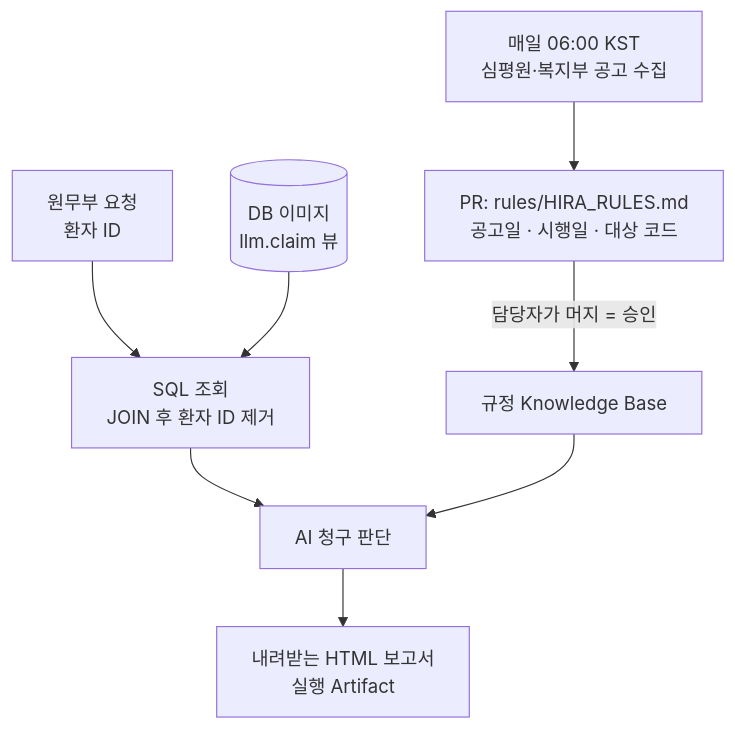
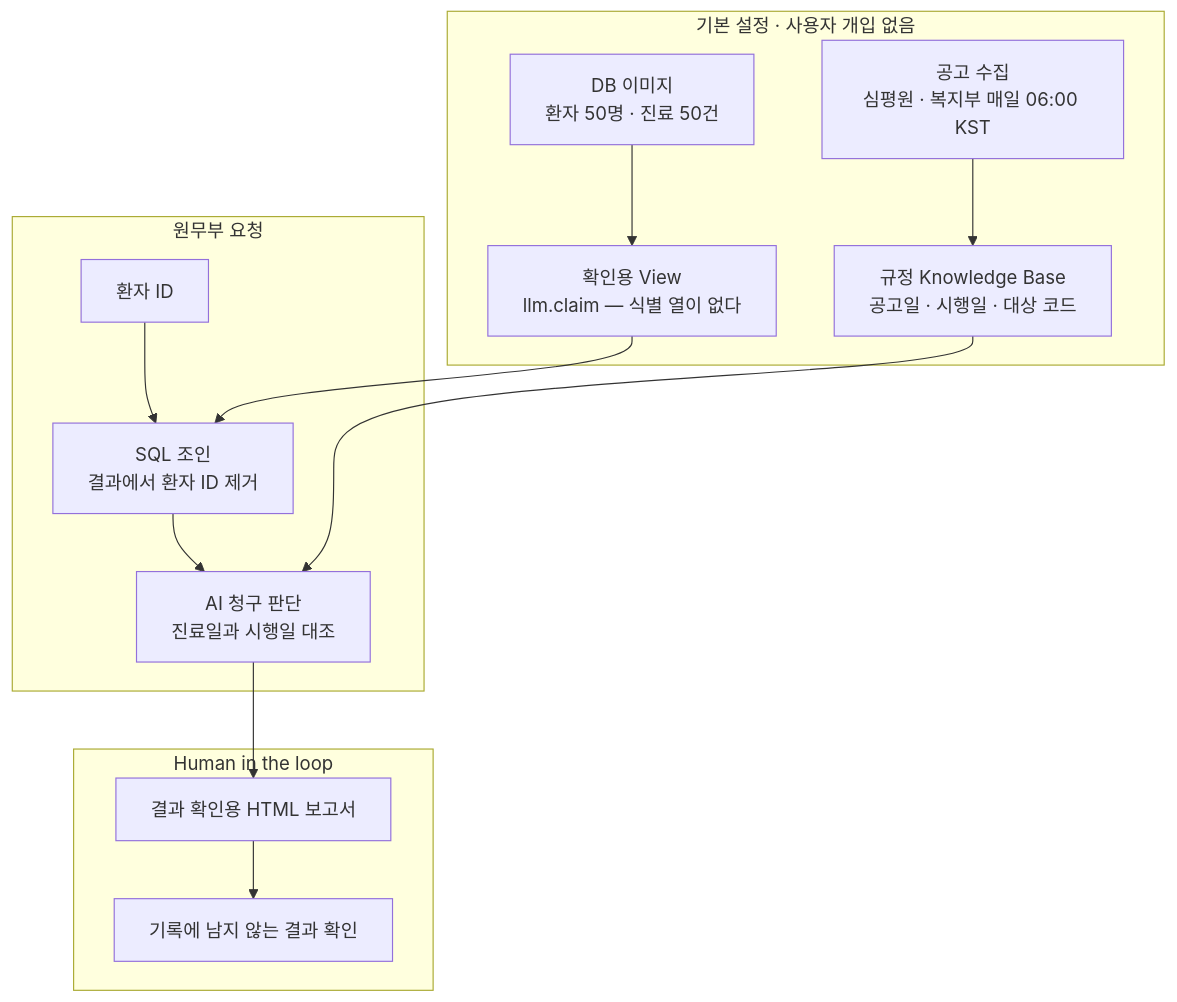
One commit to t-hajongkim/hira-billing-copilot changed the diagram in README.md. Above: the diagram before and after it, drawn with Mermaid. The commit also changed other lines of this file and 9 other files, not shown here.

````diff
--- a/README.md
+++ b/README.md
@@ -12,10 +12,23 @@
 ```mermaid
 flowchart TD
-    A["매일 06:00 KST<br/>심평원·복지부 공고 수집"] --> B["PR: rules/HIRA_RULES.md<br/>공고일 · 시행일 · 대상 코드"]
-    B -->|담당자가 머지 = 승인| C["규정 Knowledge Base"]
-    D["원무부 요청<br/>환자 ID"] --> E["SQL 조회<br/>JOIN 후 환자 ID 제거"]
-    F[("DB 이미지<br/>llm.claim 뷰")] --> E
-    E --> G["AI 청구 판단"]
-    C --> G
-    G --> H["내려받는 HTML 보고서<br/>실행 Artifact"]
+    subgraph SETUP["기본 설정 · 사용자 개입 없음"]
+        IMG["DB 이미지<br/>환자 50명 · 진료 50건"]
+        VIEW["확인용 View<br/>llm.claim — 식별 열이 없다"]
+        SYNC["공고 수집<br/>심평원 · 복지부 매일 06:00 KST"]
+        IMG --> VIEW
+        SYNC --> KB["규정 Knowledge Base<br/>공고일 · 시행일 · 대상 코드"]
+    end
+
+    subgraph WORK["원무부 요청"]
+        PID["환자 ID"] --> JOIN["SQL 조인<br/>결과에서 환자 ID 제거"]
+        JOIN --> AI["AI 청구 판단<br/>진료일과 시행일 대조"]
+    end
+
+    subgraph HITL["Human in the loop"]
+        REPORT["결과 확인용 HTML 보고서"] --> CHECK["기록에 남지 않는 결과 확인"]
+    end
+
+    VIEW --> JOIN
+    KB --> AI
+    AI --> REPORT
 ```
````
